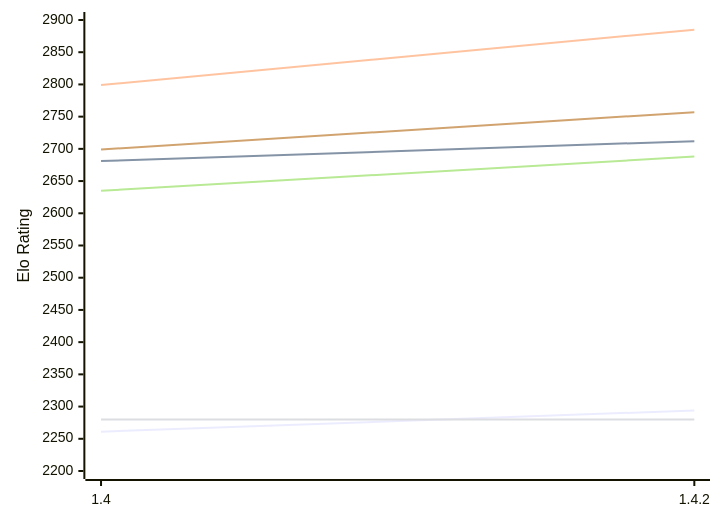
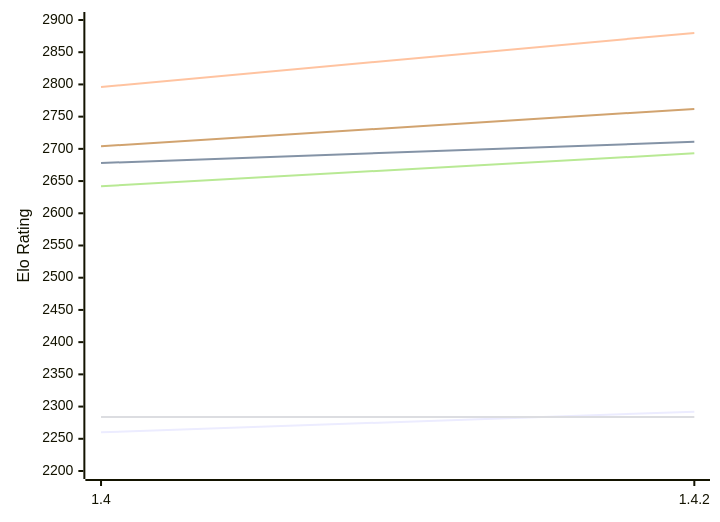
One commit to computer-chess-index/cci changed the first of 2 diagrams in engines/Spike.md. Above: the diagram before and after it, drawn with Mermaid. The commit also changed other lines of this file, not shown here.

Commit message:
Update CCI Ratings (ELO VLTC) - 2026-11-23

````diff
--- a/engines/Spike.md
+++ b/engines/Spike.md
@@ -50,12 +50,12 @@
 ```mermaid
 %%{init: {"theme":"base","themeVariables":{"seriesColors:['#a3a3a3','#222221','#faa371']}}}%%
 xychart-beta
   x-axis ["1.4", "1.4.2"]
   y-axis "Elo Rating" 2200 --> 2900
-  line "E1: STC (8.0+0.08s)" [2261, 2294]
-  line "E1: LTC (60.0+0.60s)" [2681, 2712]
-  line "E1: VLTC (2m24s+1.12s)" [2799, 2885]
-  line "P1: STC (8.0+0.08s)" [2280, 2280]
-  line "P1: LTC (60.0+0.60s)" [2635, 2688]
-  line "P1: VLTC (2m24s+1.12s)" [2699, 2757]
+  line "E1: STC (8.0+0.08s)" [2260, 2292]
+  line "E1: LTC (60.0+0.60s)" [2678, 2711]
+  line "E1: VLTC (2m24s+1.12s)" [2796, 2880]
+  line "P1: STC (8.0+0.08s)" [2284, 2284]
+  line "P1: LTC (60.0+0.60s)" [2642, 2693]
+  line "P1: VLTC (2m24s+1.12s)" [2704, 2762]
 ```
````
